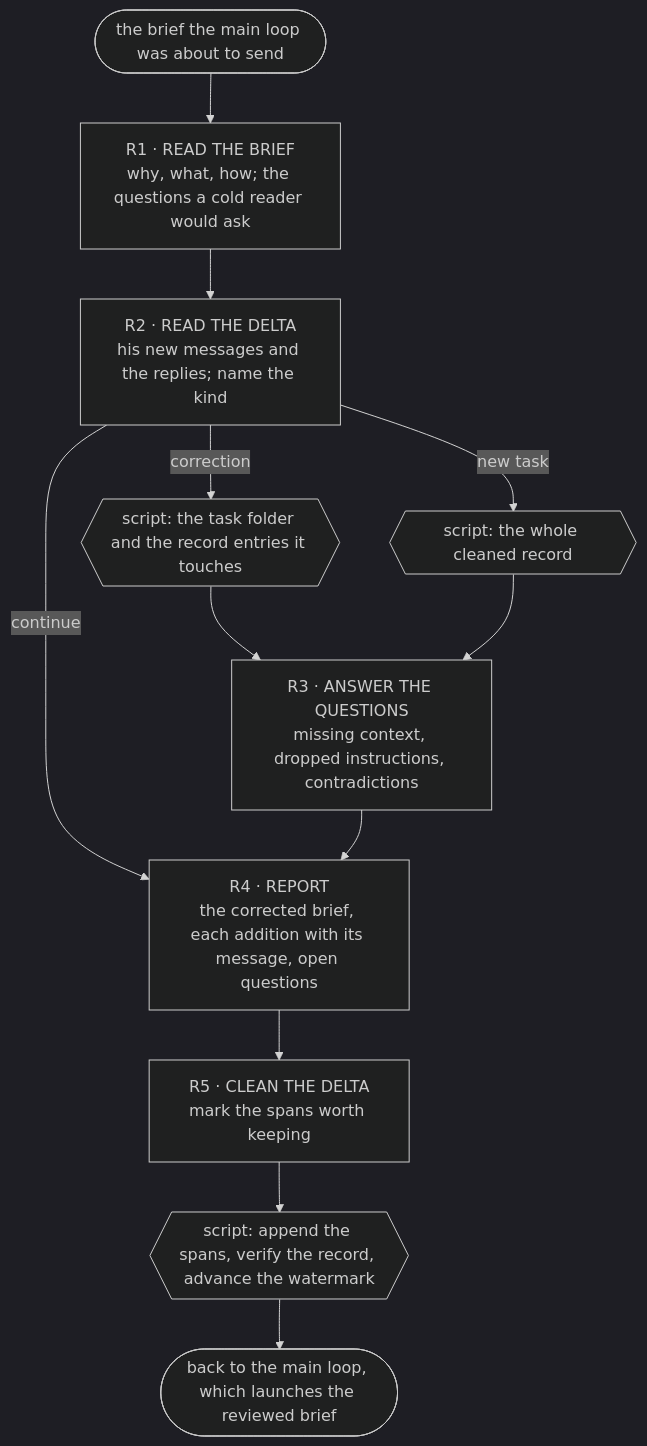
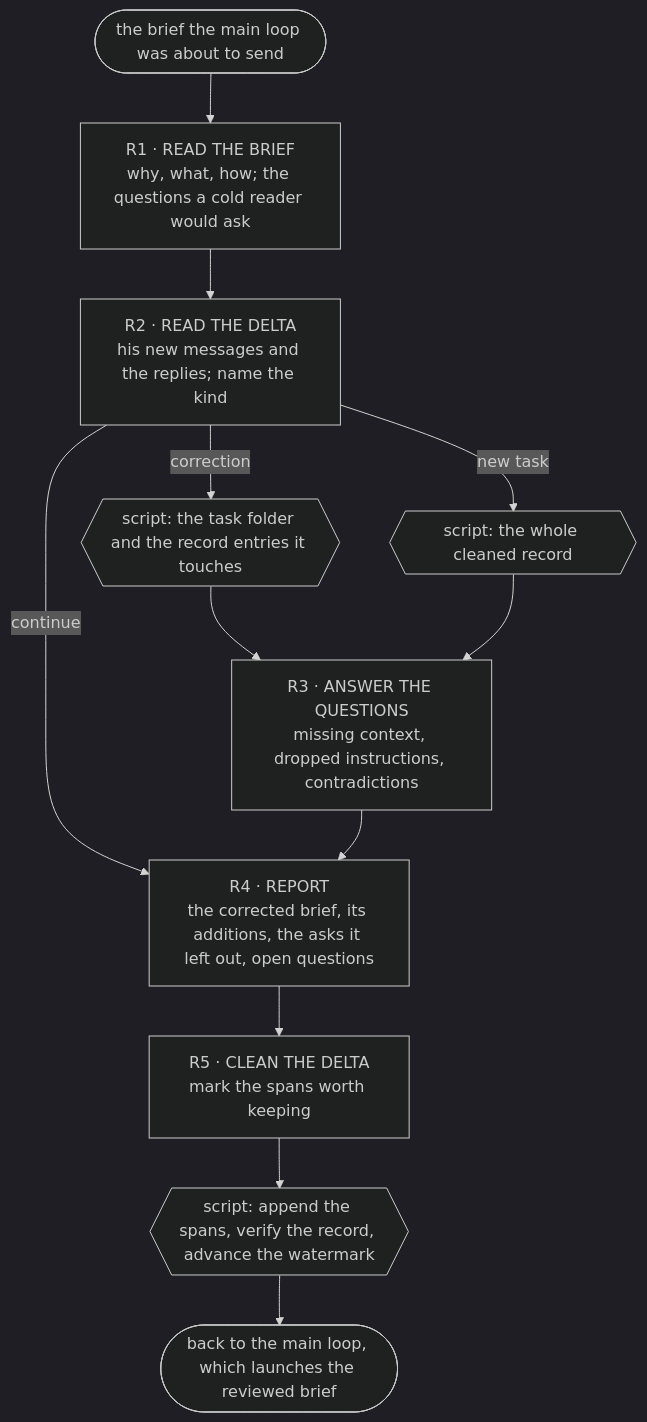
One commit to Wilman2612/grimorio-agents changed the third of 3 diagrams in .grimorio/design/task-flow/quasi-software-view.md. Above: the diagram before and after it, drawn with Mermaid (dark theme). The commit also changed other lines of this file and 4 other files, not shown here.

First line of the commit message:
docs(task-flow): the reviewer also lists the asks the brief left out

````diff
--- a/.grimorio/design/task-flow/quasi-software-view.md
+++ b/.grimorio/design/task-flow/quasi-software-view.md
@@ -231,14 +231,14 @@
 ```mermaid
 flowchart TB
     IN(["the brief the main loop was about to send"]) --> R1["R1 · READ THE BRIEF<br/>why, what, how; the questions a cold reader would ask"]
     R1 --> R2["R2 · READ THE DELTA<br/>his new messages and the replies; name the kind"]
     R2 -->|"continue"| R4
     R2 -->|"correction"| RC{{"script: the task folder and the record entries it touches"}}
     R2 -->|"new task"| RN{{"script: the whole cleaned record"}}
     RC --> R3["R3 · ANSWER THE QUESTIONS<br/>missing context, dropped instructions, contradictions"]
     RN --> R3
-    R3 --> R4["R4 · REPORT<br/>the corrected brief, each addition with its message, open questions"]
+    R3 --> R4["R4 · REPORT<br/>the corrected brief, its additions, the asks it left out, open questions"]
     R4 --> R5["R5 · CLEAN THE DELTA<br/>mark the spans worth keeping"]
     R5 --> WM{{"script: append the spans, verify the record, advance the watermark"}}
     WM --> OUT(["back to the main loop, which launches the reviewed brief"])
 ```
````
